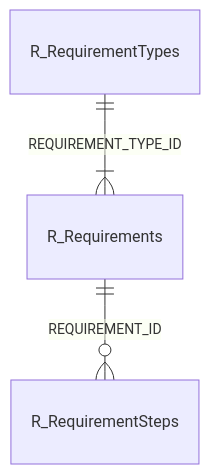
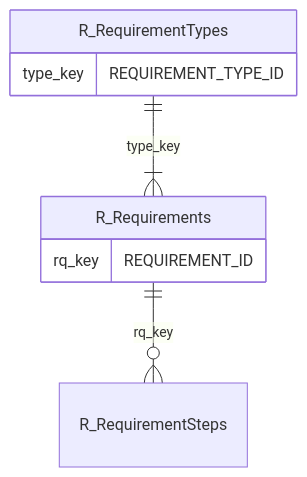
Before and after one commit to Inflectra/spira-documentation: the first of 4 diagrams in docs/Reporting/index.md, drawn with Mermaid. The commit also changed other lines of this file and 1 other file, not shown here.

````diff
--- a/docs/Reporting/index.md
+++ b/docs/Reporting/index.md
@@ -102,5 +57,12 @@
     ``` mermaid
     erDiagram
-    R_Requirements ||--o{ R_RequirementSteps : REQUIREMENT_ID
-    R_RequirementTypes ||--|{ R_Requirements : REQUIREMENT_TYPE_ID
+    R_Requirements ||--o{ R_RequirementSteps : rq_key
+    R_RequirementTypes ||--|{ R_Requirements : type_key
+
+    R_Requirements {
+        rq_key REQUIREMENT_ID
+    }
+    R_RequirementTypes {
+        type_key REQUIREMENT_TYPE_ID
+    }
     ```
````
